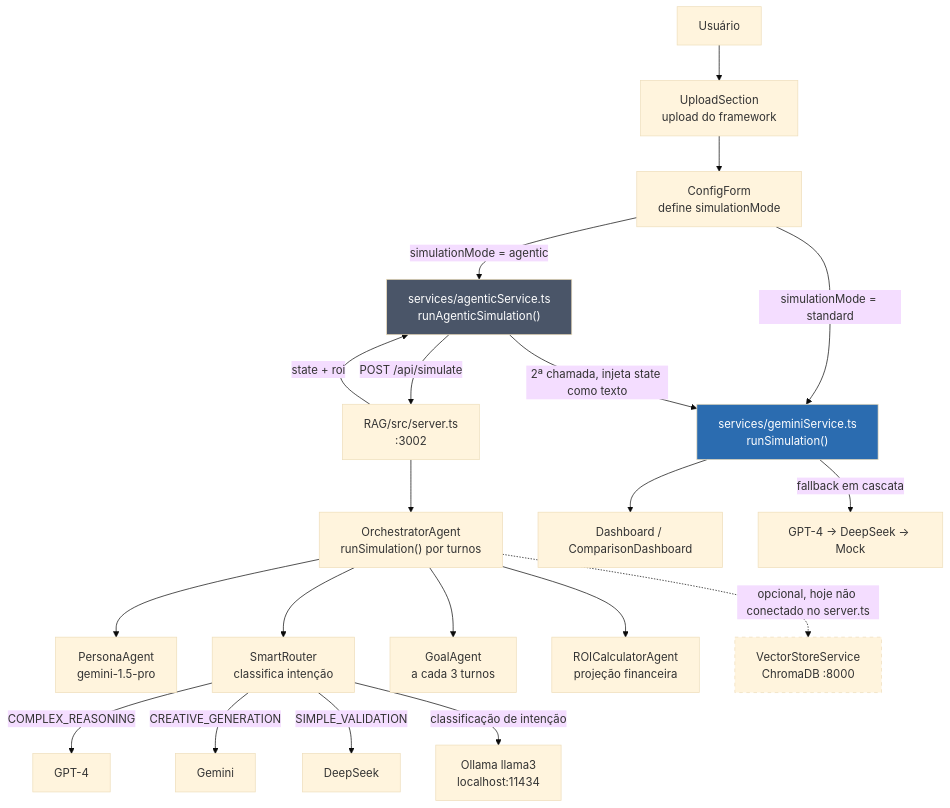
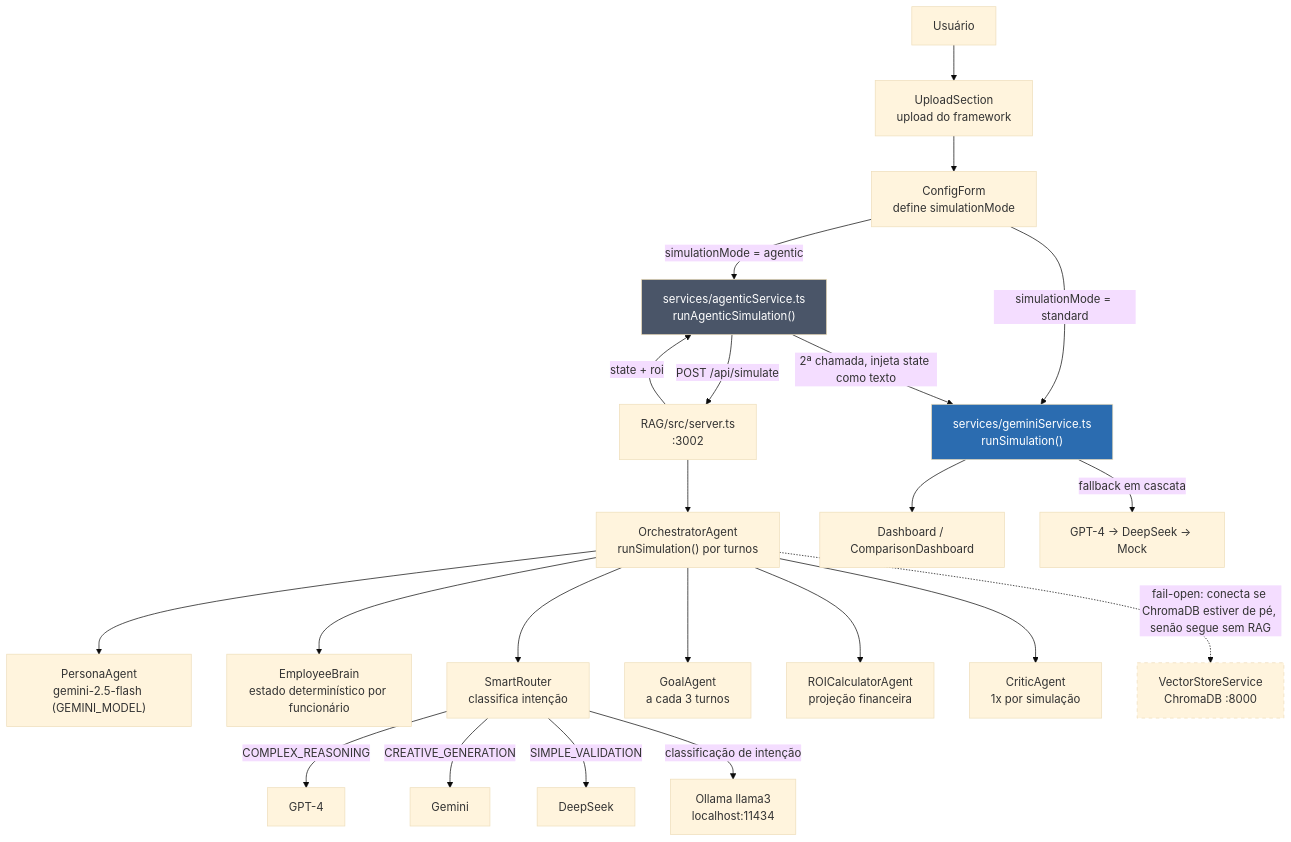
One commit to andrecodexvictor/Frame-sim changed the first of 8 diagrams in ARCHITECTURE.md. Above: the diagram before and after it, drawn with Mermaid (base theme). The commit also changed other lines of this file and 5 other files, not shown here.

First line of the commit message:
docs: reflect implemented EmployeeBrain v8 across all documentation

````diff
--- a/ARCHITECTURE.md
+++ b/ARCHITECTURE.md
@@ -31,32 +31,34 @@
 ```mermaid
 graph TD
     User["Usuário"] --> Upload["UploadSection<br/>upload do framework"]
     Upload --> Config["ConfigForm<br/>define simulationMode"]
     Config -->|"simulationMode = standard"| Standard["services/geminiService.ts<br/>runSimulation()"]
     Config -->|"simulationMode = agentic"| Agentic["services/agenticService.ts<br/>runAgenticSimulation()"]
 
     Agentic -->|"POST /api/simulate"| Server["RAG/src/server.ts<br/>:3002"]
     Server --> Orchestrator["OrchestratorAgent<br/>runSimulation() por turnos"]
 
-    Orchestrator --> PersonaAgent["PersonaAgent<br/>gemini-1.5-pro"]
+    Orchestrator --> PersonaAgent["PersonaAgent<br/>gemini-2.5-flash (GEMINI_MODEL)"]
+    Orchestrator --> Brain["EmployeeBrain<br/>estado determinístico por funcionário"]
     Orchestrator --> SmartRouter["SmartRouter<br/>classifica intenção"]
     Orchestrator --> GoalAgent["GoalAgent<br/>a cada 3 turnos"]
     Orchestrator --> ROICalc["ROICalculatorAgent<br/>projeção financeira"]
+    Orchestrator --> Critic["CriticAgent<br/>1x por simulação"]
 
     SmartRouter -->|"COMPLEX_REASONING"| GPT4["GPT-4"]
     SmartRouter -->|"CREATIVE_GENERATION"| GeminiW["Gemini"]
     SmartRouter -->|"SIMPLE_VALIDATION"| DeepSeek["DeepSeek"]
     SmartRouter -->|"classificação de intenção"| Ollama["Ollama llama3<br/>localhost:11434"]
 
-    Orchestrator -.->|"opcional, hoje não conectado no server.ts"| VectorStore["VectorStoreService<br/>ChromaDB :8000"]
+    Orchestrator -.->|"fail-open: conecta se ChromaDB estiver de pé, senão segue sem RAG"| VectorStore["VectorStoreService<br/>ChromaDB :8000"]
 
     Server -->|"state + roi"| Agentic
     Agentic -->|"2ª chamada, injeta state como texto"| Standard
     Standard --> Dashboard["Dashboard / ComparisonDashboard"]
 
     Standard -->|"fallback em cascata"| Fallback["GPT-4 → DeepSeek → Mock"]
 
     style Agentic fill:#4a5568,color:#fff
     style Standard fill:#2b6cb0,color:#fff
     style VectorStore stroke-dasharray: 5 5
 ```
````
